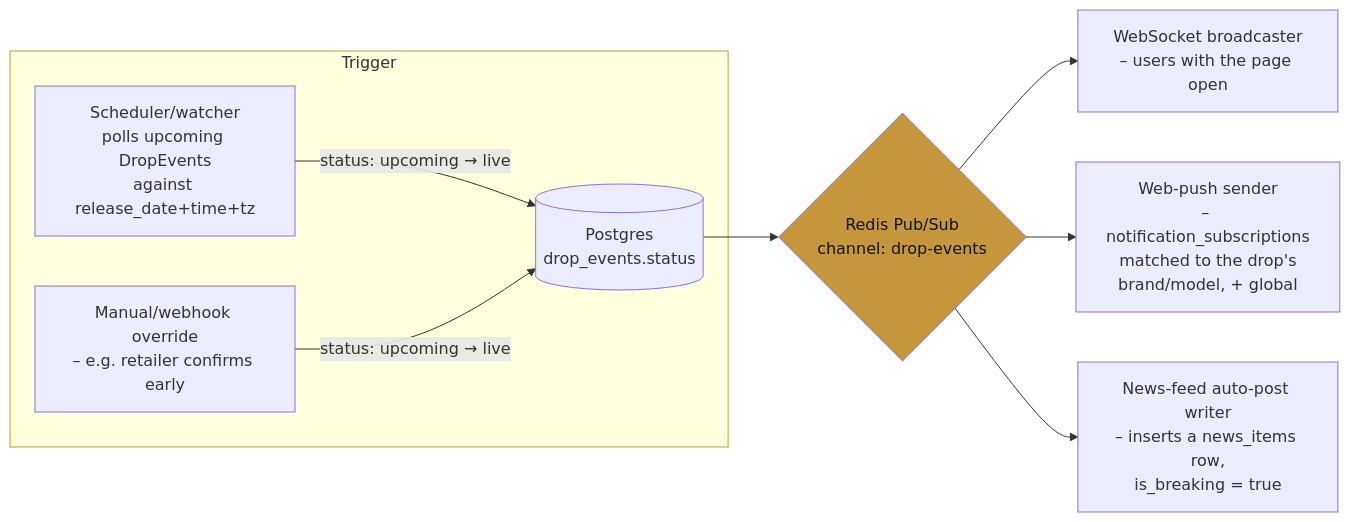
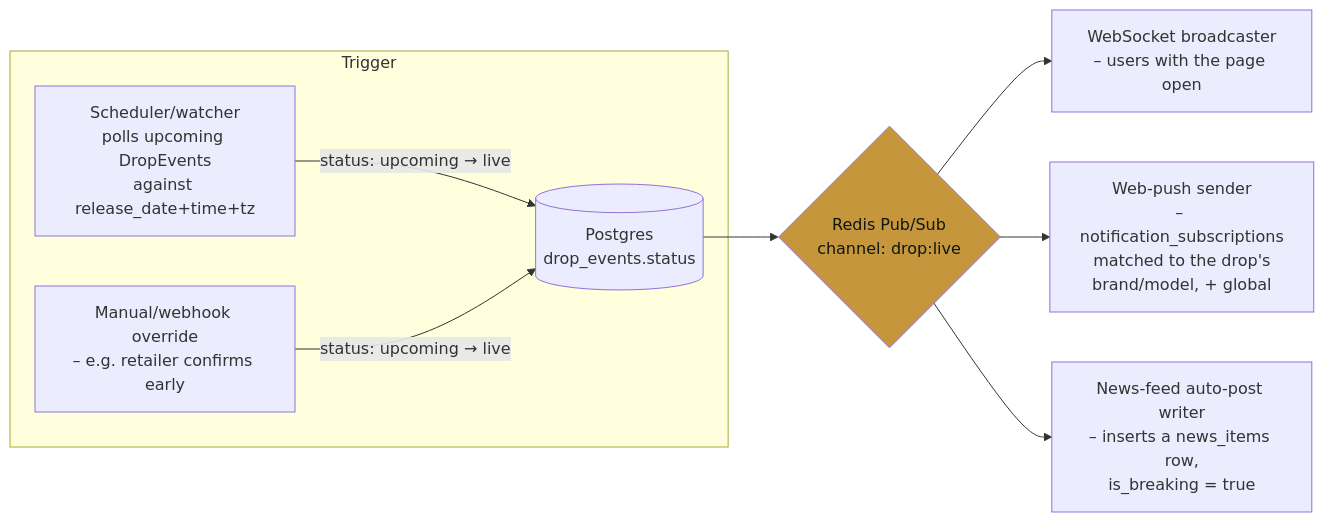
Before and after one commit to Anirudh-saiA/chosn: the diagram in apps/api/src/drops/README.md, drawn with Mermaid. The commit also changed other lines of this file and 13 other files, not shown here.

First line of the commit message:
drops: BullMQ scheduler + Redis Pub/Sub + news auto-post consumer (Day 13)

````diff
--- a/apps/api/src/drops/README.md
+++ b/apps/api/src/drops/README.md
@@ -160,15 +160,15 @@
 ```mermaid
 flowchart LR
     subgraph Trigger
         A[Scheduler/watcher\npolls upcoming DropEvents\nagainst release_date+time+tz] -->|status: upcoming → live| B[(Postgres\ndrop_events.status)]
         W[Manual/webhook override\n– e.g. retailer confirms early] -->|status: upcoming → live| B
     end
 
-    B --> C{Redis Pub/Sub\nchannel: drop-events}
+    B --> C{Redis Pub/Sub\nchannel: drop:live}
 
     C --> D[WebSocket broadcaster\n– users with the page open]
     C --> E[Web-push sender\n– notification_subscriptions\nmatched to the drop's\nbrand/model, + global]
     C --> F[News-feed auto-post writer\n– inserts a news_items row,\nis_breaking = true]
 
     style C fill:#C6963C,color:#0F1613
 ```
````
